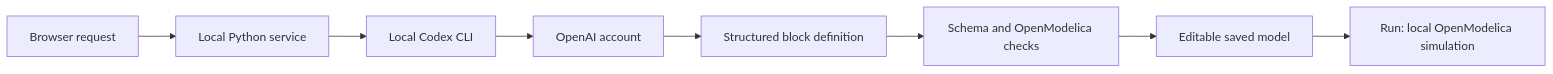
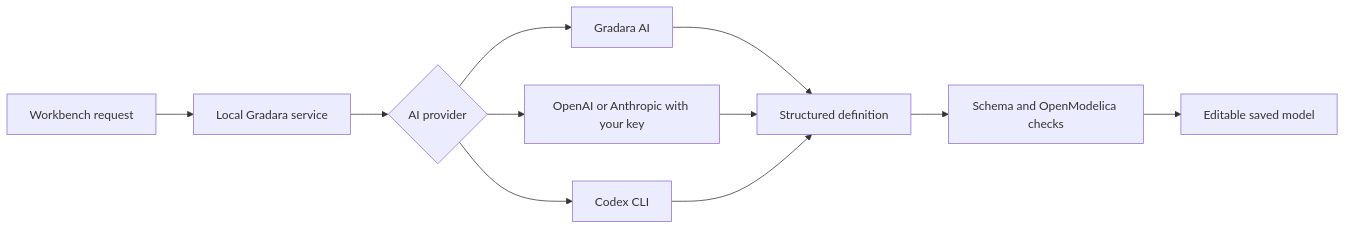
The diagram in docs/AGENT_SETUP.md (edgaralejod/gradara), drawn with Mermaid before and after one commit. The commit also changed other lines of this file and 25 other files, not shown here.

````diff
--- a/docs/AGENT_SETUP.md
+++ b/docs/AGENT_SETUP.md
@@ -51,10 +43,13 @@
 ```mermaid
 flowchart LR
-    UI[Browser request] --> API[Local Python service]
-    API --> CLI[Local Codex CLI]
-    CLI --> Provider[OpenAI account]
-    Provider --> JSON[Structured block definition]
+    UI[Workbench request] --> API[Local Gradara service]
+    API --> Choice{AI provider}
+    Choice --> GW[Gradara AI]
+    Choice --> Vendor[OpenAI or Anthropic with your key]
+    Choice --> CLI[Codex CLI]
+    GW --> JSON[Structured definition]
+    Vendor --> JSON
+    CLI --> JSON
     JSON --> Check[Schema and OpenModelica checks]
     Check --> Model[Editable saved model]
-    Model --> Run[Run: local OpenModelica simulation]
 ```
````
